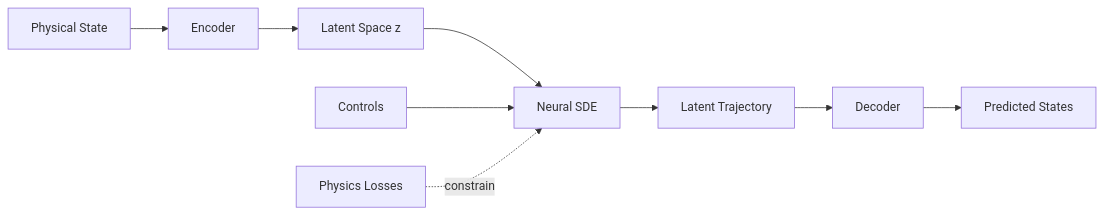
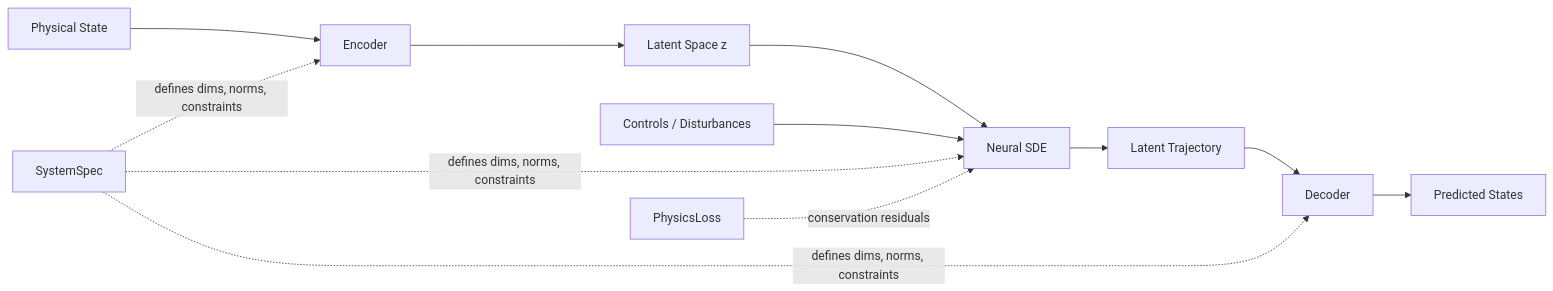
The diagram in README.md (esmaeelMhd/digital-twin-engine), drawn with Mermaid before and after one commit. The commit also changed other lines of this file and 35 other files, not shown here.

````diff
--- a/README.md
+++ b/README.md
@@ -15,11 +20,12 @@
 ```mermaid
 graph LR
     A[Physical State] --> B[Encoder]
     B --> C[Latent Space z]
     C --> D[Neural SDE]
     D --> E[Latent Trajectory]
     E --> F[Decoder]
     F --> G[Predicted States]
-    H[Controls] --> D
-    I[Physics Losses] -.->|constrain| D
+    H[Controls / Disturbances] --> D
+    I[SystemSpec] -.->|defines dims, norms, constraints| B & F & D
+    J[PhysicsLoss] -.->|conservation residuals| D
 ```
````
